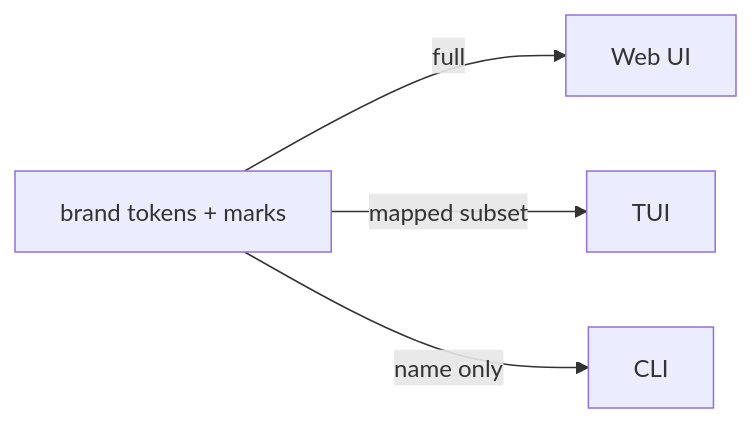
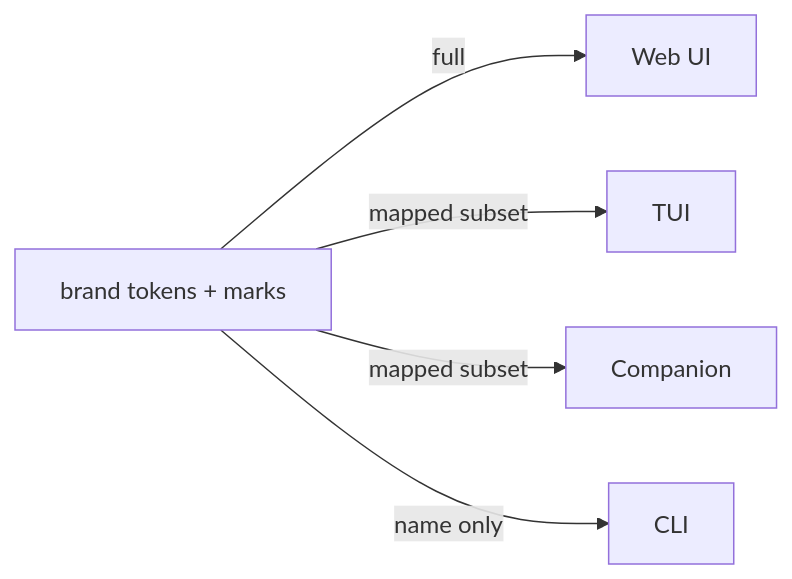
Before and after one commit to lemonfiber/spec: the diagram in 60-brand/surface-mapping.md, drawn with Mermaid. The commit also changed other lines of this file and 17 other files, not shown here.

````diff
--- a/60-brand/surface-mapping.md
+++ b/60-brand/surface-mapping.md
@@ -12,6 +12,7 @@
 ```mermaid
 flowchart LR
     brand[brand tokens + marks] -->|full| web[Web UI]
     brand -->|mapped subset| tui[TUI]
+    brand -->|mapped subset| app[Companion]
     brand -->|name only| cli[CLI]
 ```
````
